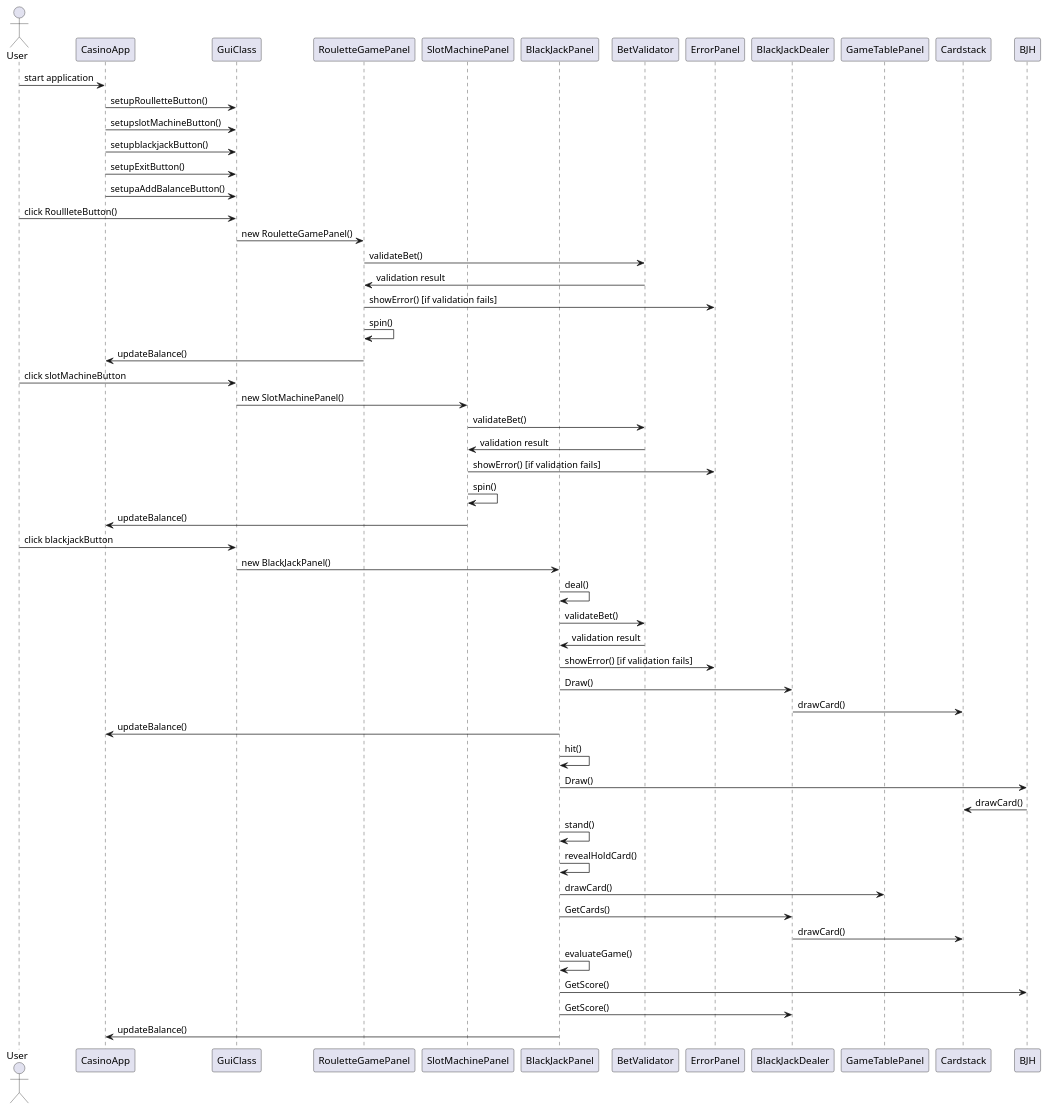
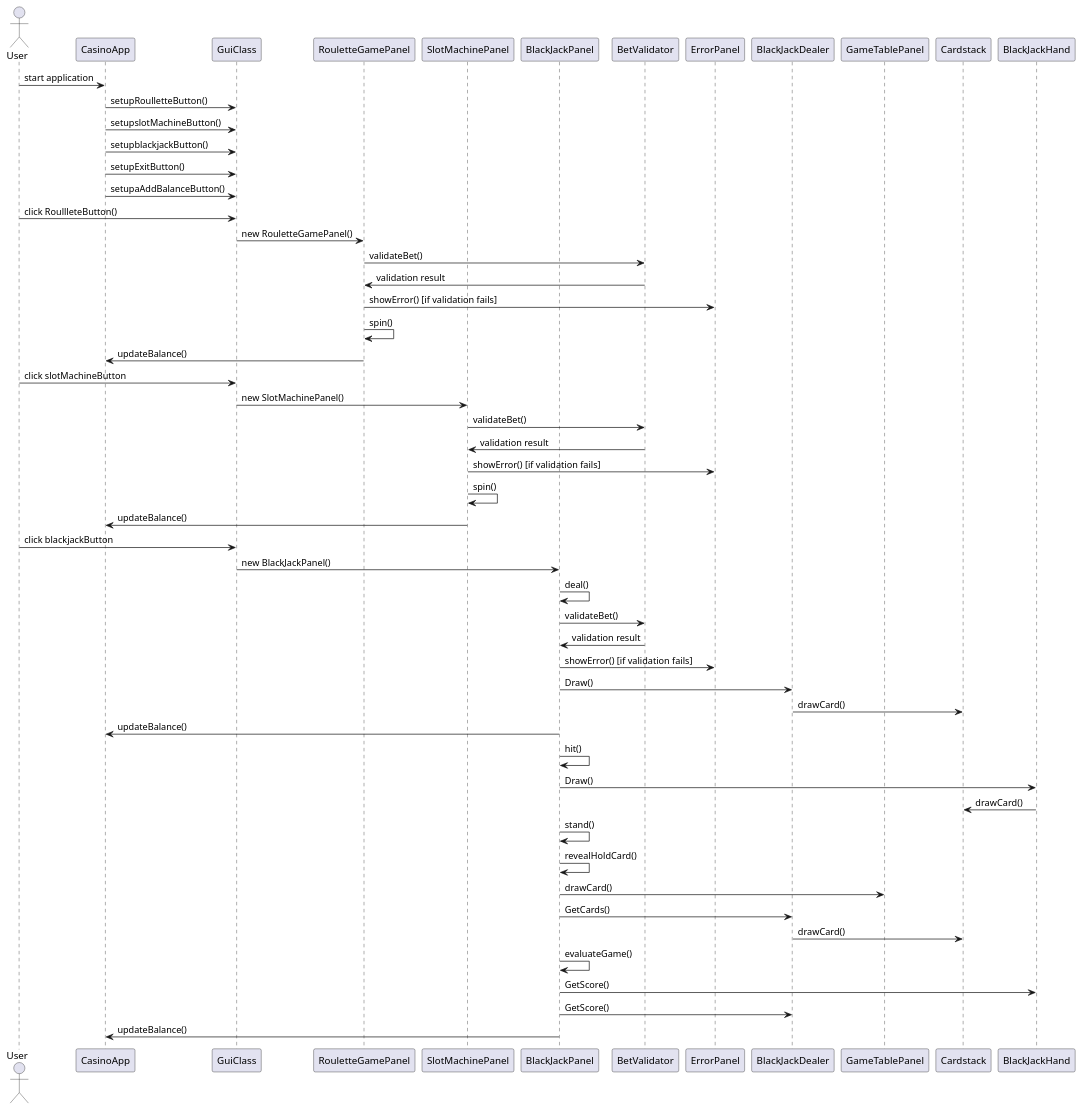
The diagram in src/casino/seqence.puml (Pawelbarnas0/Casino), drawn with PlantUML before and after one commit.

Commit message:
poprawka uml

```diff
--- a/src/casino/seqence.puml
+++ b/src/casino/seqence.puml
@@ -1,60 +1,61 @@
 @startuml
 actor User
 
 participant "CasinoApp" as CA
 participant "GuiClass" as GC
 participant "RouletteGamePanel" as RGP
 participant "SlotMachinePanel" as SMP
 participant "BlackJackPanel" as BJP
 participant "BetValidator" as BV
 participant "ErrorPanel" as EP
 participant "BlackJackDealer" as BJD
 participant "GameTablePanel" as GTP
 participant "Cardstack" as CS
+participant "BlackJackHand" as BJH
 
 User -> CA: start application
 CA -> GC: setupRoulletteButton()
 CA -> GC: setupslotMachineButton()
 CA -> GC: setupblackjackButton()
 CA -> GC: setupExitButton()
 CA -> GC: setupaAddBalanceButton()
 
 User -> GC: click RoullleteButton()
 GC -> RGP: new RouletteGamePanel()
 RGP -> BV: validateBet()
 BV -> RGP: validation result
 RGP -> EP: showError() [if validation fails]
 RGP -> RGP: spin()
 RGP -> CA: updateBalance()
 
 User -> GC: click slotMachineButton
 GC -> SMP: new SlotMachinePanel()
 SMP -> BV: validateBet()
 BV -> SMP: validation result
 SMP -> EP: showError() [if validation fails]
 SMP -> SMP: spin()
 SMP -> CA: updateBalance()
 
 User -> GC: click blackjackButton
 GC -> BJP: new BlackJackPanel()
 BJP -> BJP: deal()
 BJP -> BV: validateBet()
 BV -> BJP: validation result
 BJP -> EP: showError() [if validation fails]
 BJP -> BJD: Draw()
 BJD -> CS: drawCard()
 BJP -> CA: updateBalance()
 BJP -> BJP: hit()
 BJP -> BJH: Draw()
 BJH -> CS: drawCard()
 BJP -> BJP: stand()
 BJP -> BJP: revealHoldCard()
 BJP -> GTP: drawCard()
 BJP -> BJD: GetCards()
 BJD -> CS: drawCard()
 BJP -> BJP: evaluateGame()
 BJP -> BJH: GetScore()
 BJP -> BJD: GetScore()
 BJP -> CA: updateBalance()
 
 @enduml
```
